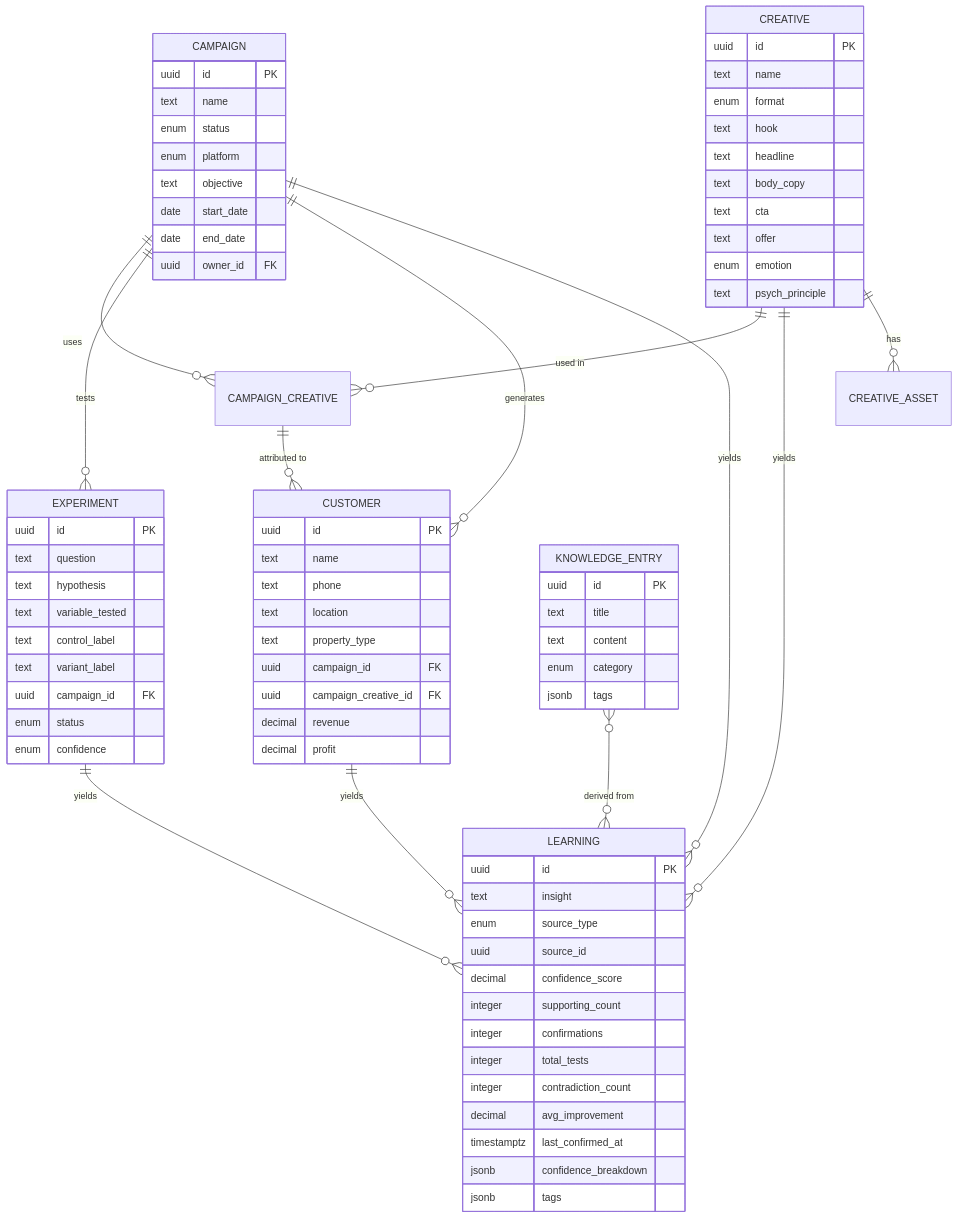
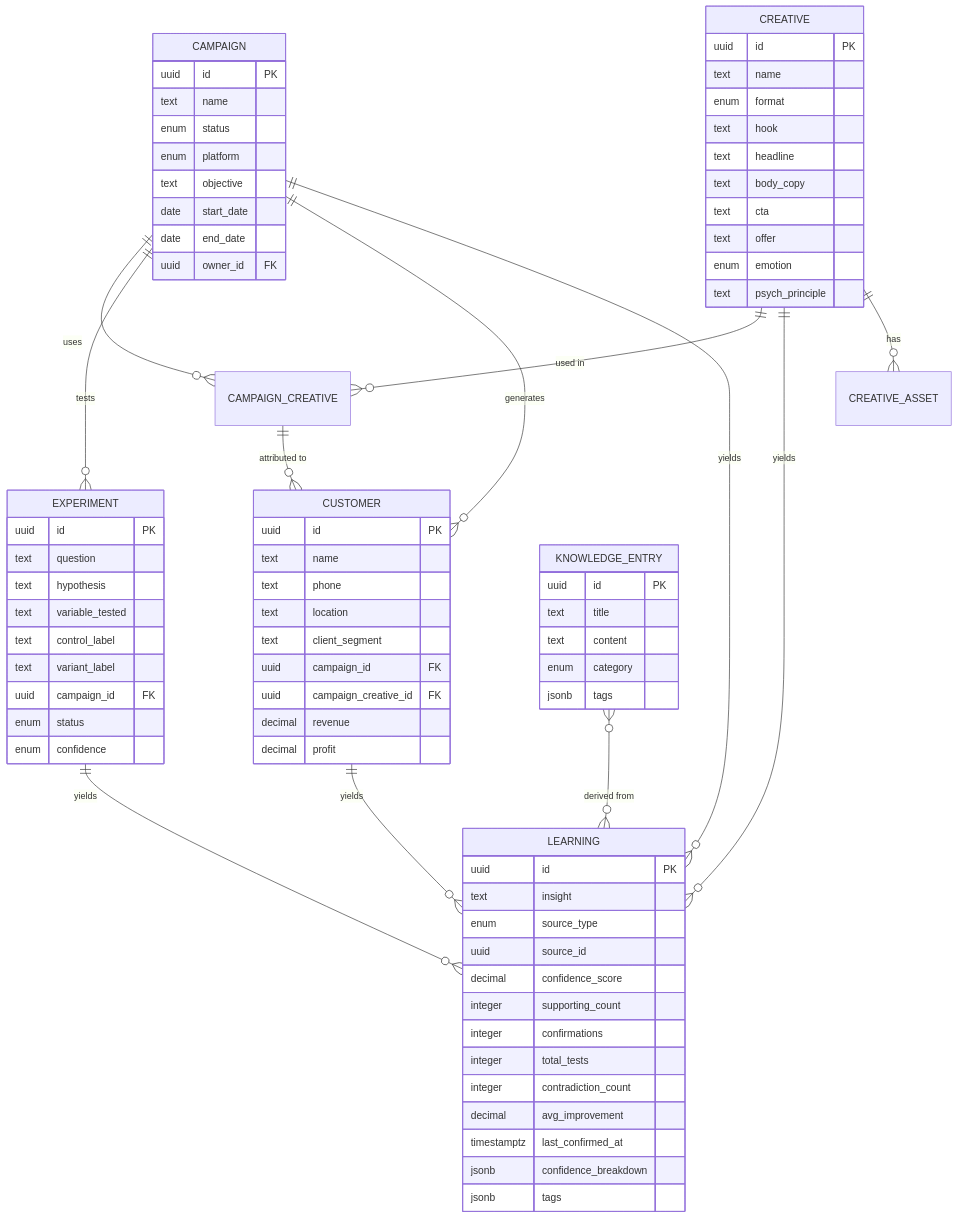
One commit to joshihridesh001-png/MIOS changed the diagram in docs/DATA_MODEL.md. Above: the diagram before and after it, drawn with Mermaid. The commit also changed other lines of this file and 25 other files, not shown here.

Commit message:
refactor: purge pest-control legacy across schema, parsers, and UI for industry-agnostic service businesses

```diff
--- a/docs/DATA_MODEL.md
+++ b/docs/DATA_MODEL.md
@@ -63,7 +63,7 @@
         text name
         text phone
         text location
-        text property_type
+        text client_segment
         uuid campaign_id FK
         uuid campaign_creative_id FK
         decimal revenue
```
